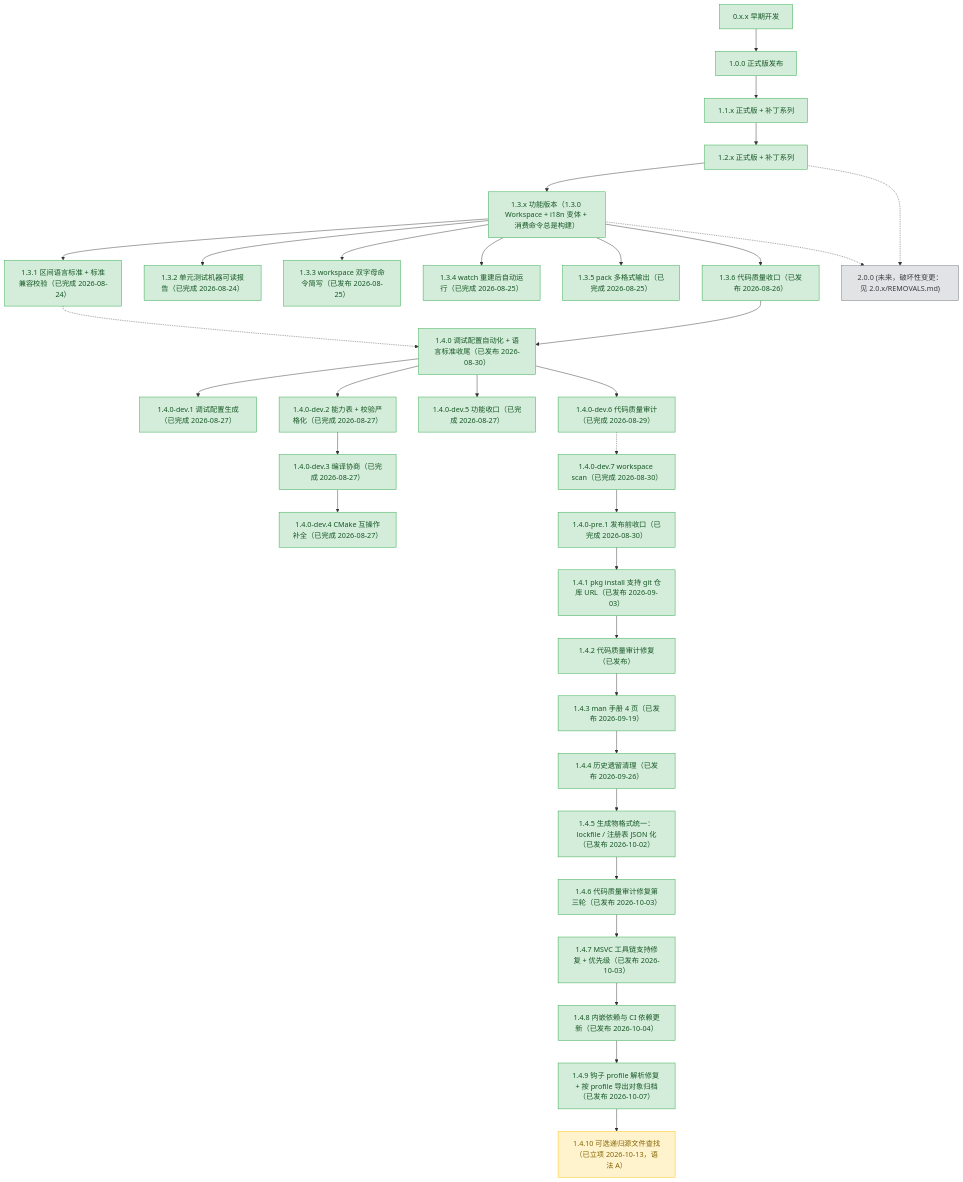
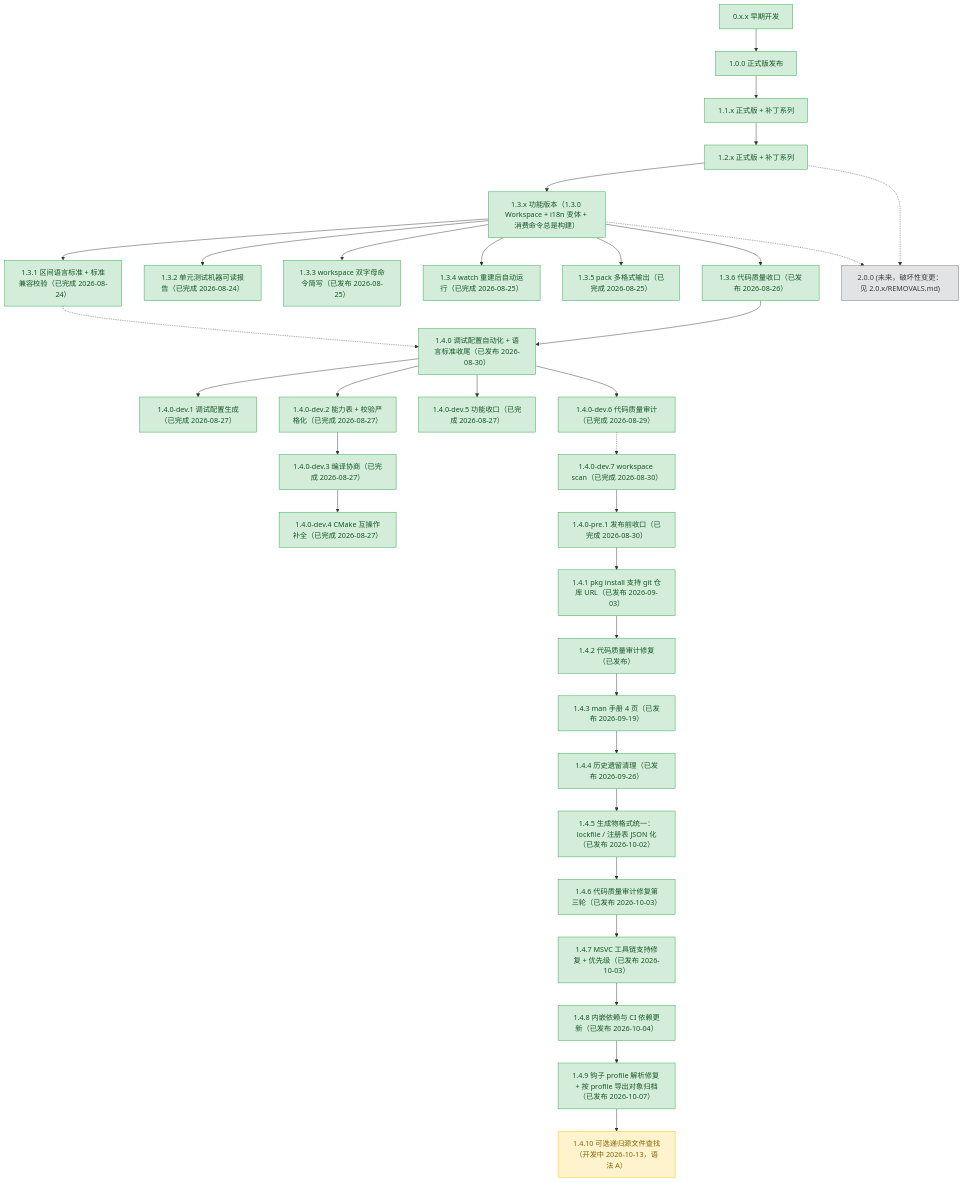
Before and after one commit to 3667808244/EazyMake: the diagram in plans/README.md, drawn with Mermaid. The commit also changed other lines of this file and 15 other files, not shown here.

```diff
--- a/plans/README.md
+++ b/plans/README.md
@@ -106,7 +106,7 @@
     v147p["1.4.7 MSVC 工具链支持修复 + 优先级（已发布 2026-10-03）"]
     v148p["1.4.8 内嵌依赖与 CI 依赖更新（已发布 2026-10-04）"]
     v149p["1.4.9 钩子 profile 解析修复 + 按 profile 导出对象归档（已发布 2026-10-07）"]
-    v1410["1.4.10 可选递归源文件查找（已立项 2026-10-13，语法 A）"]
+    v1410["1.4.10 可选递归源文件查找（开发中 2026-10-13，语法 A）"]
     v200["2.0.0 (未来，破坏性变更：见 2.0.x/REMOVALS.md)"]
 
     v0xx --> v100
```
